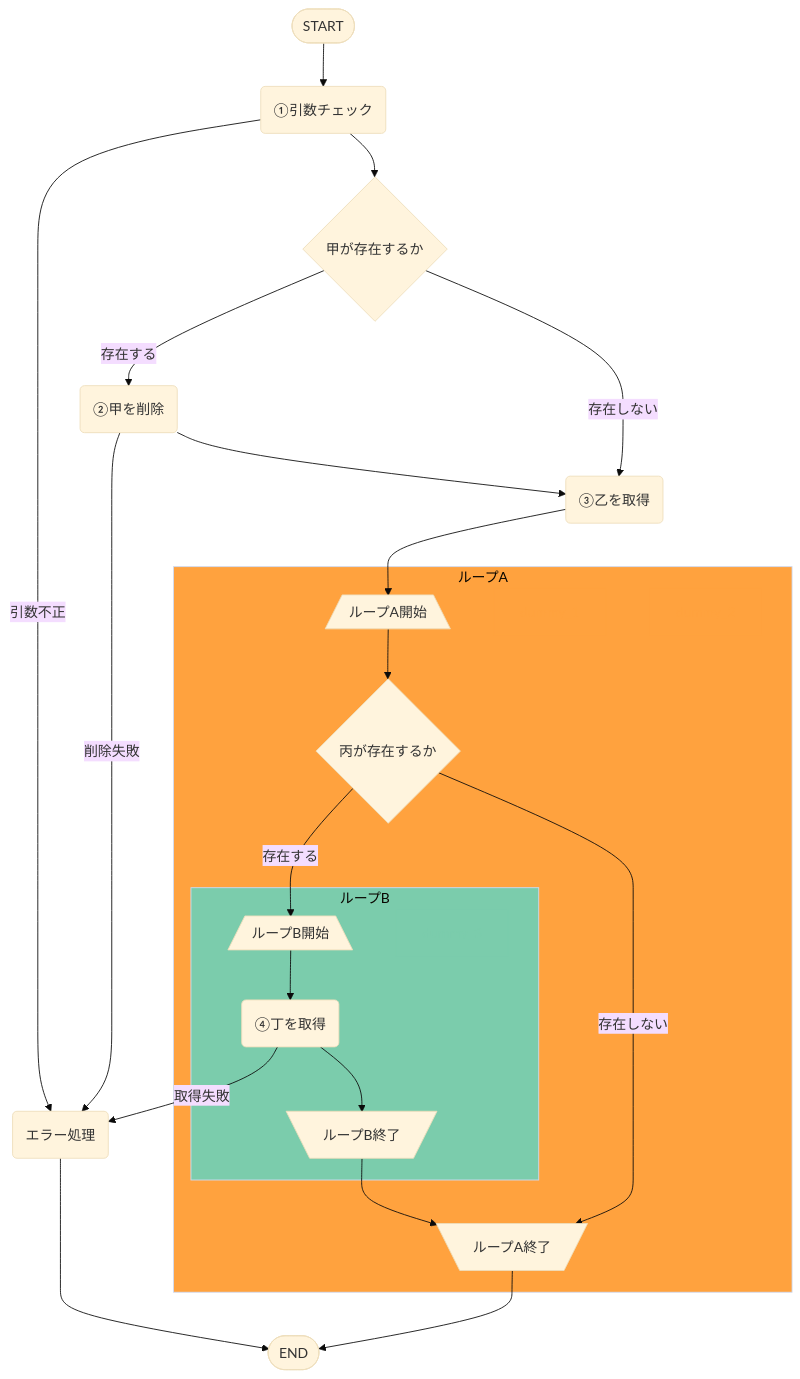
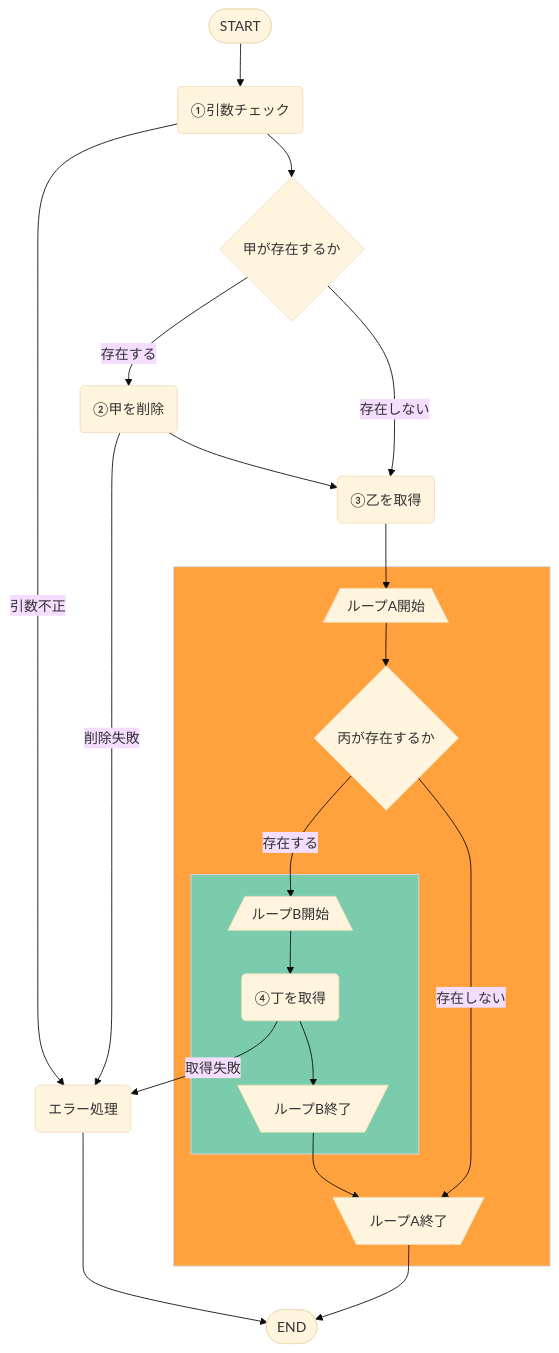
The diagram in フローチャート1.md (Kat-S/mermaid_test), drawn with Mermaid (base theme) before and after one commit.

````diff
--- a/フローチャート1.md
+++ b/フローチャート1.md
@@ -1,58 +1,44 @@
 ```mermaid
 graph TB
   %% ノード定義
   start(["START"])
   node_1("①引数チェック")
   fork_1{"甲が存在するか"}
   node_2("②甲を削除")
   node_3("③乙を取得")
-  subgraph loop_1["ループA"]
-    dummy_1
-    dummy_2    
+  subgraph loop_1[" "]
     loop_1_start[/"ループA開始"\]
     loop_1_goal[\"ループA終了"/]
     fork_2{"丙が存在するか"}
-    subgraph loop_2["ループB"]
-      dummy_3    
+    subgraph loop_2[" "]
       loop_2_start[/"ループB開始"\]
       loop_2_goal[\"ループB終了"/]  
       node_4("④丁を取得")
     end
   end
   error_1("エラー処理")    
   goal(["END"])
 
   %% ノードスタイル定義
   style loop_1 fill:#ffa23e
   style loop_2 fill:#7BCCAC
-  style dummy_1 fill:#ffa23e,stroke:#ffa23e,color:#ffa23e
-  style dummy_2 fill:#ffa23e,stroke:#ffa23e,color:#ffa23e
-  style dummy_3 fill:#7BCCAC,stroke:#7BCCAC,color:#7BCCAC
 
   %% リンク定義
   start --> node_1
   node_1 --> | 引数不正 | error_1  
   node_1 --> fork_1
   fork_1 --> | 存在する | node_2   
   node_2 --> | 削除失敗 | error_1  
   node_2 --> node_3
   fork_1 --> | 存在しない | node_3
   node_3 --> loop_1_start
-  node_3 --- dummy_1
-  node_3 --- dummy_2  
   loop_1_start --> fork_2
   fork_2 --> | 存在する | loop_2_start
-  fork_2 --- dummy_3  
   loop_2_start --> node_4
   node_4 --> | 取得失敗 | error_1    
   node_4 --> loop_2_goal
   loop_2_goal --> loop_1_goal
   fork_2 --> | 存在しない | loop_1_goal
   loop_1_goal --> goal
-  error_1 --> goal
-  
-  %% リンクスタイル定義
-  linkStyle 8 stroke-width:0px
-  linkStyle 9 stroke-width:0px
-  linkStyle 12 stroke-width:0px  
+  error_1 --> goal  
 ```
````
